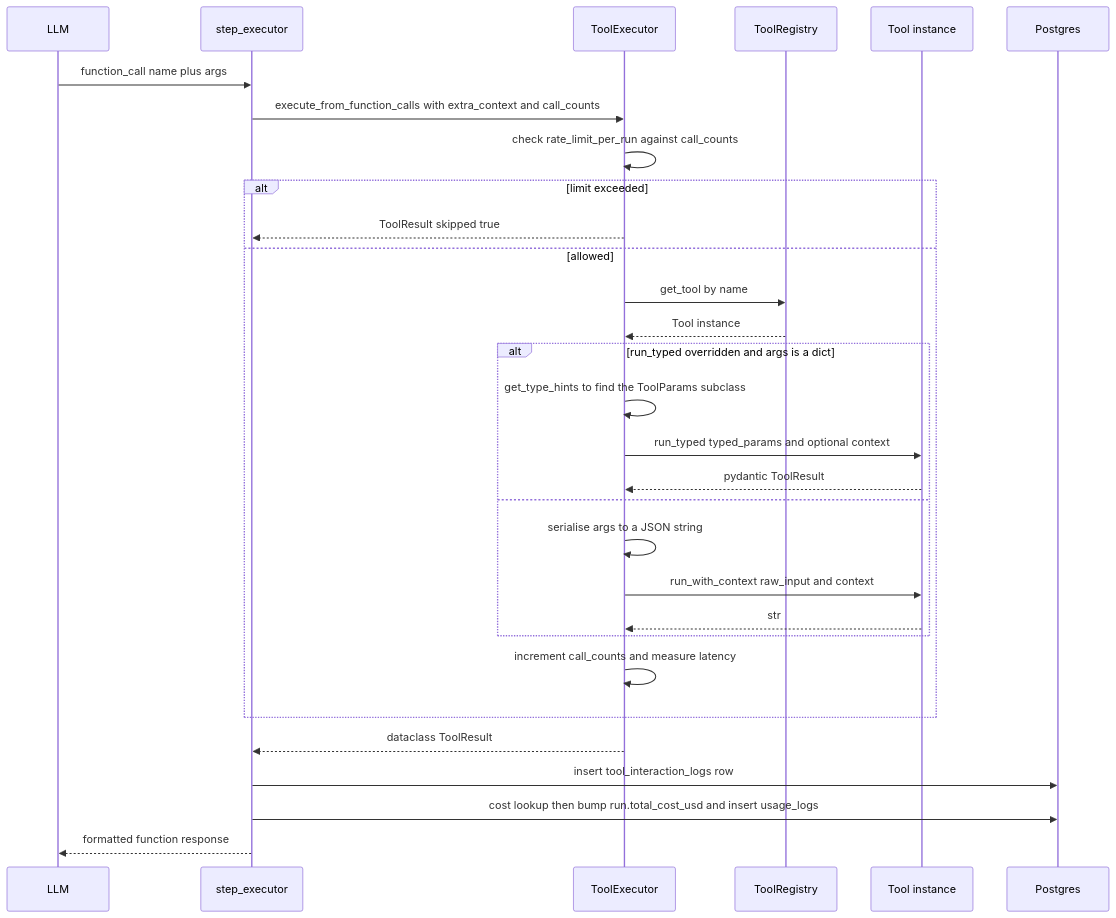
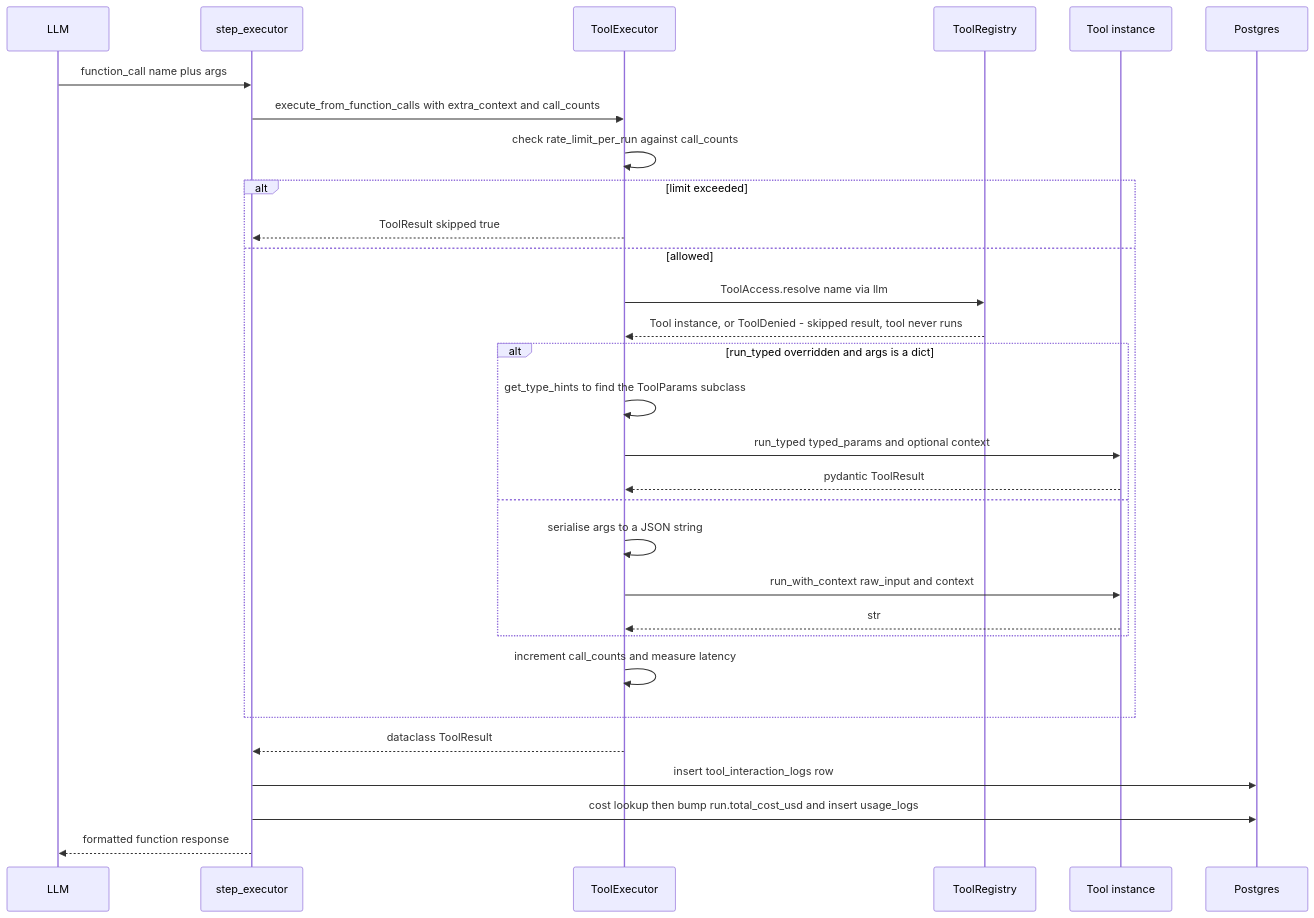
The fifth of 23 diagrams in docs/current/09-tools.md (gondolerahul/hire-buddha-app), drawn with Mermaid before and after one commit. The commit also changed other lines of this file and 23 other files, not shown here.

````diff
--- a/docs/current/09-tools.md
+++ b/docs/current/09-tools.md
@@ -384,33 +384,33 @@
 ```mermaid
 sequenceDiagram
     participant LLM
     participant SE as step_executor
     participant TE as ToolExecutor
     participant R as ToolRegistry
     participant T as Tool instance
     participant DB as Postgres
 
     LLM->>SE: function_call name plus args
     SE->>TE: execute_from_function_calls with extra_context and call_counts
     TE->>TE: check rate_limit_per_run against call_counts
     alt limit exceeded
         TE-->>SE: ToolResult skipped true
     else allowed
-        TE->>R: get_tool by name
-        R-->>TE: Tool instance
+        TE->>R: ToolAccess.resolve name via llm
+        R-->>TE: Tool instance, or ToolDenied - skipped result, tool never runs
         alt run_typed overridden and args is a dict
             TE->>TE: get_type_hints to find the ToolParams subclass
             TE->>T: run_typed typed_params and optional context
             T-->>TE: pydantic ToolResult
         else
             TE->>TE: serialise args to a JSON string
             TE->>T: run_with_context raw_input and context
             T-->>TE: str
         end
         TE->>TE: increment call_counts and measure latency
     end
     TE-->>SE: dataclass ToolResult
     SE->>DB: insert tool_interaction_logs row
     SE->>DB: cost lookup then bump run.total_cost_usd and insert usage_logs
     SE-->>LLM: formatted function response
 ```
````
